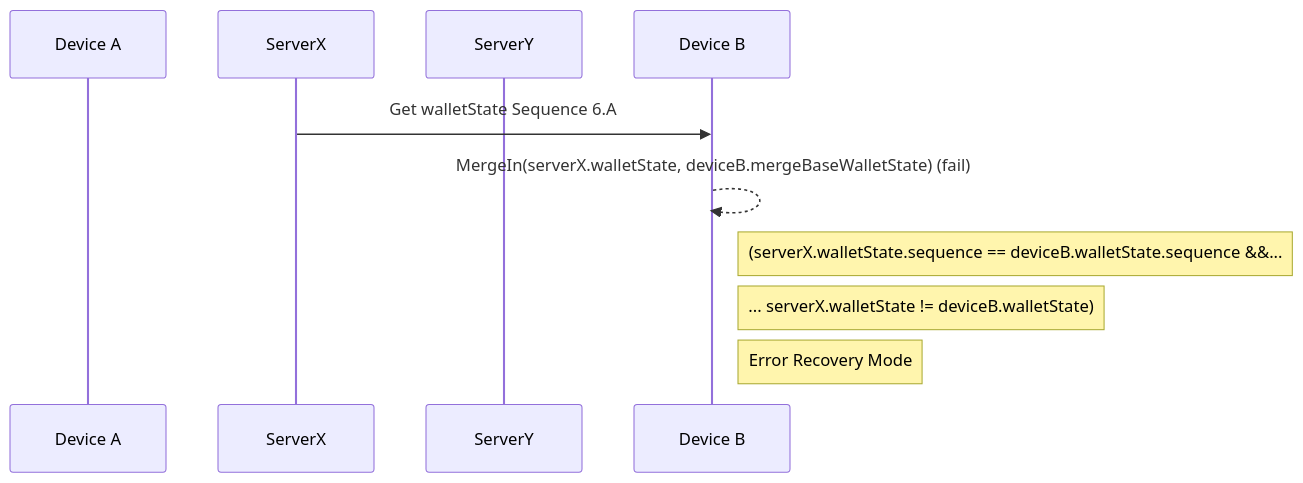
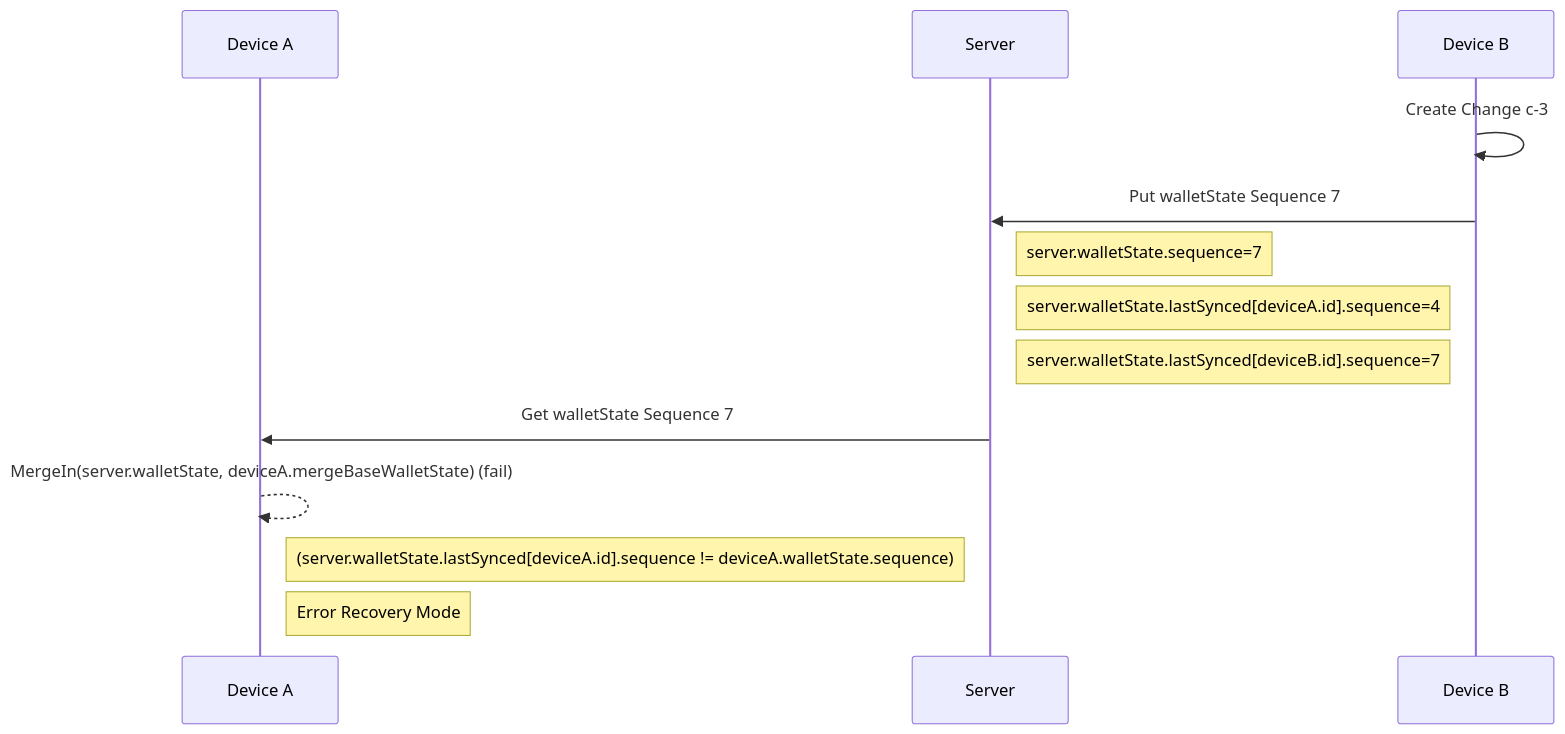
One commit to orblivion/lbry-wallet-sync-draft changed diagram 15 of 15 in spec/sync.md. Above: the diagram before and after it, drawn with Mermaid. The commit also changed other lines of this file, not shown here.

Commit message:
More concise example of why we need `lastSynced`

````diff
--- a/spec/sync.md
+++ b/spec/sync.md
@@ -358,14 +360,18 @@
 ```mermaid
   sequenceDiagram
     participant Device A
-    participant ServerX
-    participant ServerY
+    participant Server
     participant Device B
 
+    Device B->>Device B: Create Change c-3
+    Device B->>Server: Put walletState Sequence 7
+    Note right of Server: server.walletState.sequence=7
+    Note right of Server: server.walletState.lastSynced[deviceA.id].sequence=4
+    Note right of Server: server.walletState.lastSynced[deviceB.id].sequence=7
 
-    ServerX->>Device B: Get walletState Sequence 6.A
-    Device B-->>Device B: MergeIn(serverX.walletState, deviceB.mergeBaseWalletState) (fail)
-    Note right of Device B: (serverX.walletState.sequence == deviceB.walletState.sequence &&...
-    Note right of Device B: ... serverX.walletState != deviceB.walletState)
-    Note right of Device B: Error Recovery Mode
+    Server->>Device A: Get walletState Sequence 7
+
+    Device A-->>Device A: MergeIn(server.walletState, deviceA.mergeBaseWalletState) (fail)
+    Note right of Device A: (server.walletState.lastSynced[deviceA.id].sequence != deviceA.walletState.sequence)
+    Note right of Device A: Error Recovery Mode
 ```
````
